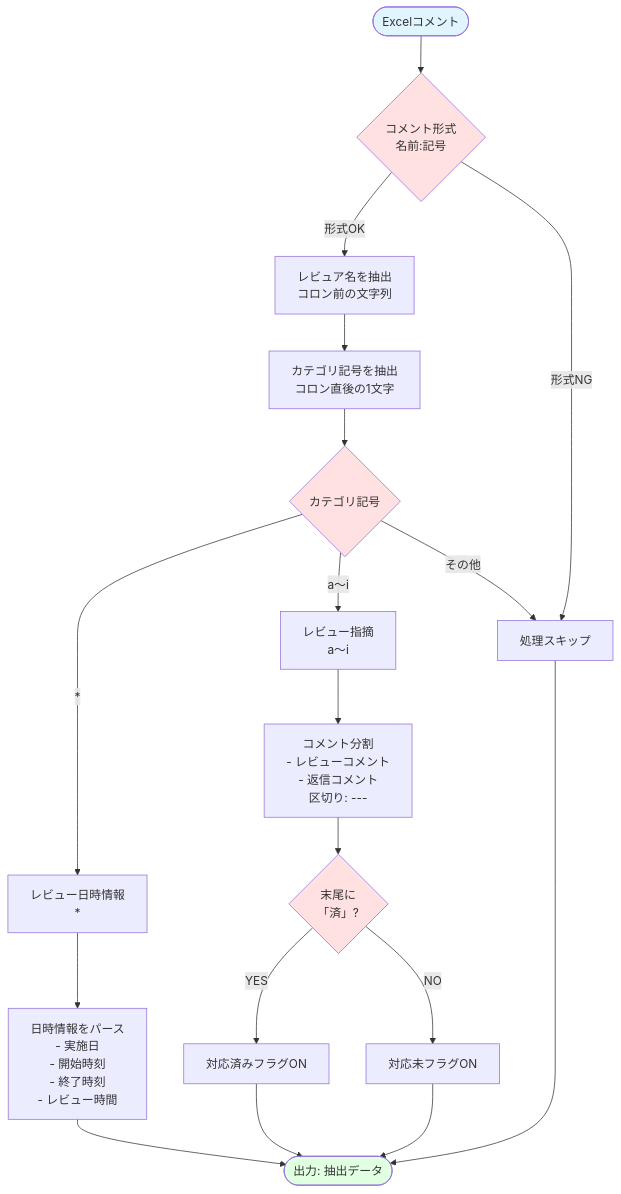
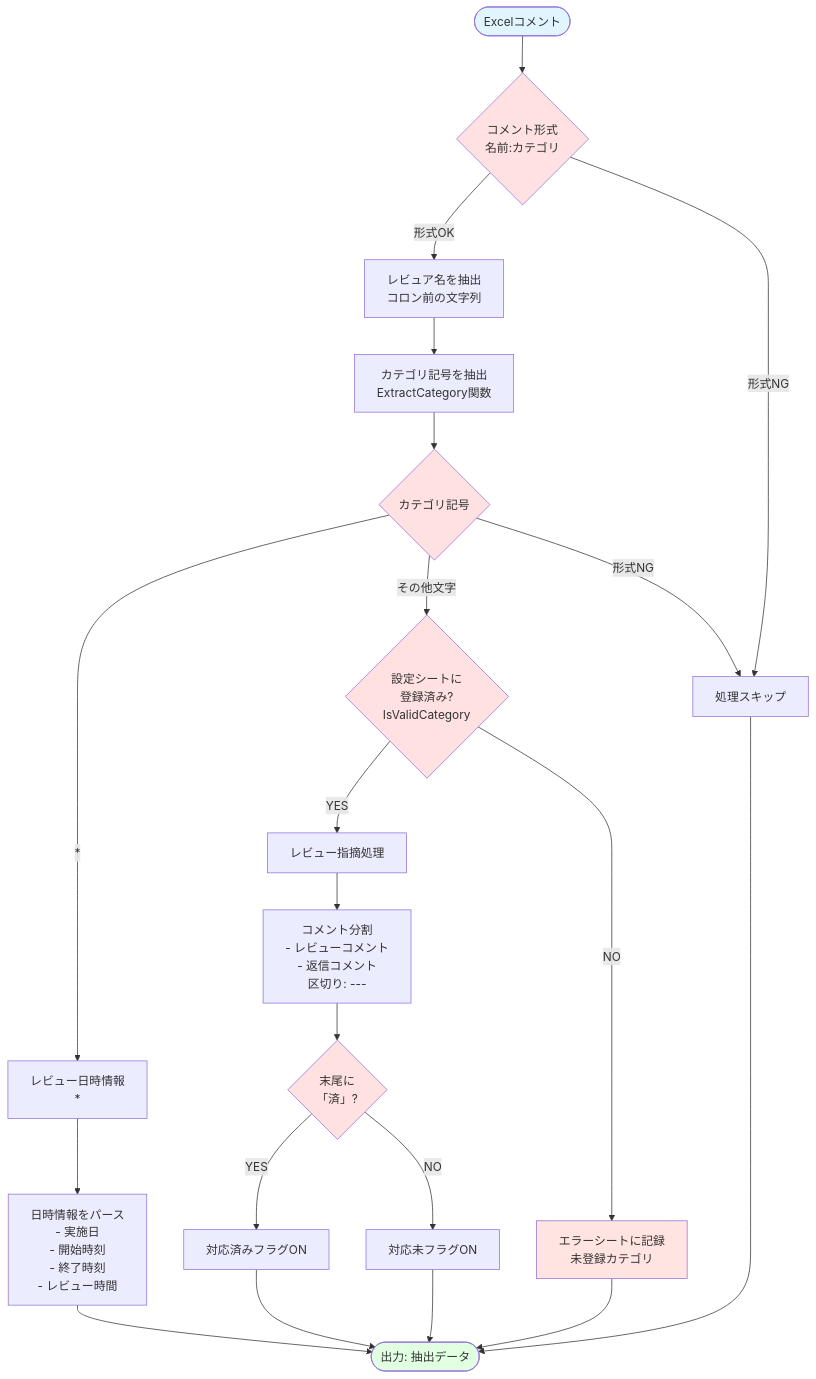
One commit to Fintan-contents/review-support-tool changed the second of 5 diagrams in doctool/docs/03-process-flow.md. Above: the diagram before and after it, drawn with Mermaid. The commit also changed other lines of this file and 14 other files, not shown here.

````diff
--- a/doctool/docs/03-process-flow.md
+++ b/doctool/docs/03-process-flow.md
@@ -93,60 +93,70 @@
 ```mermaid
 flowchart TD
     Start([Excelコメント])
 
-    CheckFormat{コメント形式<br/>名前:記号}
+    CheckFormat{コメント形式<br/>名前:カテゴリ}
 
     ExtractReviewer[レビュア名を抽出<br/>コロン前の文字列]
 
-    ExtractCategory[カテゴリ記号を抽出<br/>コロン直後の1文字]
+    ExtractCategoryStep[カテゴリ記号を抽出<br/>ExtractCategory関数]
 
     CheckCategory{カテゴリ記号}
 
     DateTime[レビュー日時情報<br/>*]
 
-    Review[レビュー指摘<br/>a～i]
+    CheckRegistered{設定シートに<br/>登録済み?<br/>IsValidCategory}
+
+    Review[レビュー指摘処理]
+
+    LogError[エラーシートに記録<br/>未登録カテゴリ]
 
     Skip[処理スキップ]
 
     ParseDateTime[日時情報をパース<br/>- 実施日<br/>- 開始時刻<br/>- 終了時刻<br/>- レビュー時間]
 
     SplitComment[コメント分割<br/>- レビューコメント<br/>- 返信コメント<br/>区切り: ---]
 
     CheckFixed{末尾に<br/>「済」?}
 
     SetFixed[対応済みフラグON]
 
     SetUnfixed[対応未フラグON]
 
     Output([出力: 抽出データ])
 
     Start --> CheckFormat
     CheckFormat -->|形式OK| ExtractReviewer
     CheckFormat -->|形式NG| Skip
 
-    ExtractReviewer --> ExtractCategory
-    ExtractCategory --> CheckCategory
+    ExtractReviewer --> ExtractCategoryStep
+    ExtractCategoryStep --> CheckCategory
 
     CheckCategory -->|*| DateTime
-    CheckCategory -->|a～i| Review
-    CheckCategory -->|その他| Skip
+    CheckCategory -->|その他文字| CheckRegistered
+    CheckCategory -->|形式NG| Skip
+
+    CheckRegistered -->|YES| Review
+    CheckRegistered -->|NO| LogError
 
     DateTime --> ParseDateTime
     ParseDateTime --> Output
 
     Review --> SplitComment
     SplitComment --> CheckFixed
 
     CheckFixed -->|YES| SetFixed
     CheckFixed -->|NO| SetUnfixed
 
     SetFixed --> Output
     SetUnfixed --> Output
+    LogError --> Output
     Skip --> Output
 
     style Start fill:#e1f5ff
     style Output fill:#e1ffe1
     style CheckFormat fill:#ffe1e1
     style CheckCategory fill:#ffe1e1
+    style CheckRegistered fill:#ffe1e1
     style CheckFixed fill:#ffe1e1
+    style LogError fill:#ffe4e1
 ```
````
